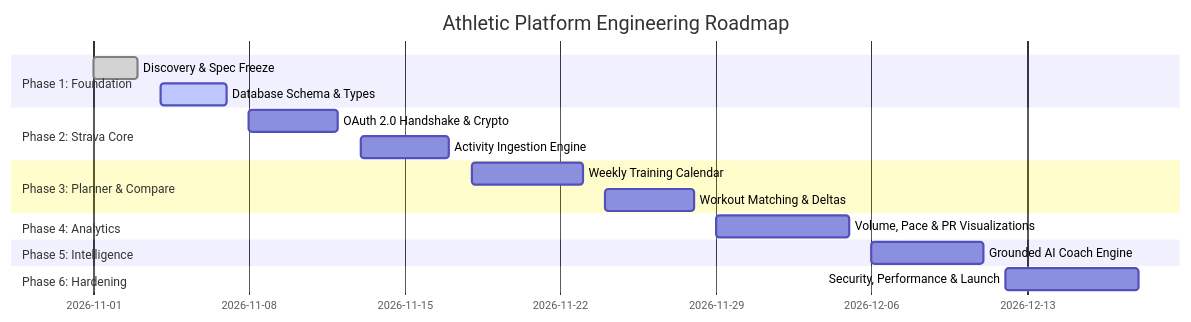
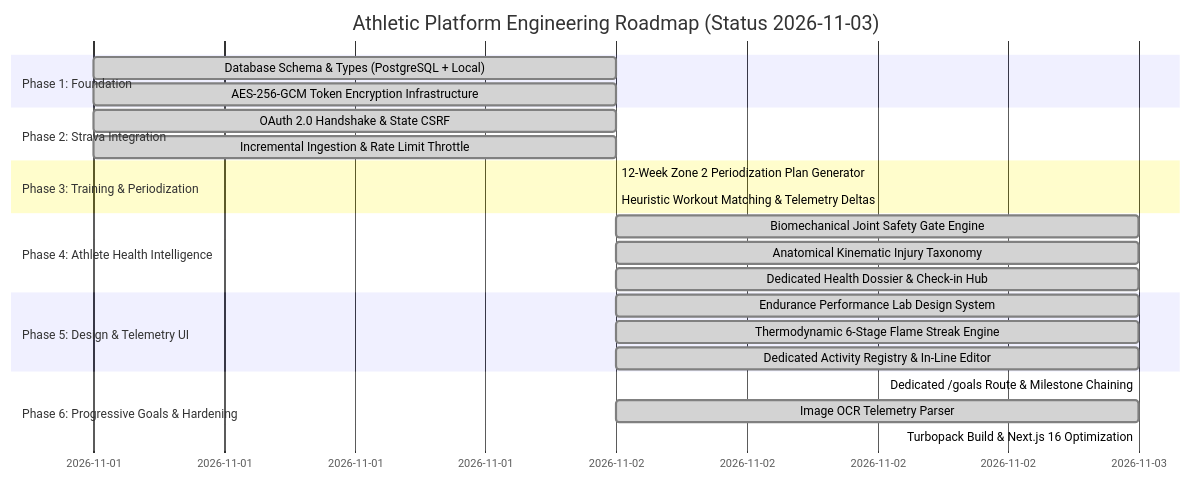
Before and after one commit to Alfiansyahp2/a-coach: the diagram in docs/00-foundation/ROADMAP.md, drawn with Mermaid. The commit also changed other lines of this file and 8 other files, not shown here.

````diff
--- a/docs/00-foundation/ROADMAP.md
+++ b/docs/00-foundation/ROADMAP.md
@@ -13,20 +13,26 @@
 ```mermaid
 gantt
-    title Athletic Platform Engineering Roadmap
+    title Athletic Platform Engineering Roadmap (Status 2026-11-03)
     dateFormat  YYYY-MM-DD
     section Phase 1: Foundation
-    Discovery & Spec Freeze           :done, 2026-11-01, 2026-11-03
-    Database Schema & Types           :active, 2026-11-04, 2026-11-07
-    section Phase 2: Strava Core
-    OAuth 2.0 Handshake & Crypto      :2026-11-08, 2026-11-12
-    Activity Ingestion Engine         :2026-11-13, 2026-11-17
-    section Phase 3: Planner & Compare
-    Weekly Training Calendar          :2026-11-18, 2026-11-23
-    Workout Matching & Deltas         :2026-11-24, 2026-11-28
-    section Phase 4: Analytics
-    Volume, Pace & PR Visualizations  :2026-11-29, 2026-12-05
-    section Phase 5: Intelligence
-    Grounded AI Coach Engine          :2026-12-06, 2026-12-11
-    section Phase 6: Hardening
-    Security, Performance & Launch    :2026-12-12, 2026-12-18
+    Database Schema & Types (PostgreSQL + Local) :done, 2026-11-01, 2026-11-02
+    AES-256-GCM Token Encryption Infrastructure   :done, 2026-11-01, 2026-11-02
+    section Phase 2: Strava Integration
+    OAuth 2.0 Handshake & State CSRF              :done, 2026-11-01, 2026-11-02
+    Incremental Ingestion & Rate Limit Throttle    :done, 2026-11-01, 2026-11-02
+    section Phase 3: Training & Periodization
+    12-Week Zone 2 Periodization Plan Generator   :done, 2026-11-02, 2026-11-02
+    Heuristic Workout Matching & Telemetry Deltas :done, 2026-11-02, 2026-11-02
+    section Phase 4: Athlete Health Intelligence
+    Biomechanical Joint Safety Gate Engine        :done, 2026-11-02, 2026-11-03
+    Anatomical Kinematic Injury Taxonomy          :done, 2026-11-02, 2026-11-03
+    Dedicated Health Dossier & Check-in Hub       :done, 2026-11-02, 2026-11-03
+    section Phase 5: Design & Telemetry UI
+    Endurance Performance Lab Design System       :done, 2026-11-02, 2026-11-03
+    Thermodynamic 6-Stage Flame Streak Engine     :done, 2026-11-02, 2026-11-03
+    Dedicated Activity Registry & In-Line Editor  :done, 2026-11-02, 2026-11-03
+    section Phase 6: Progressive Goals & Hardening
+    Dedicated /goals Route & Milestone Chaining   :done, 2026-11-03, 2026-11-03
+    Image OCR Telemetry Parser                    :done, 2026-11-02, 2026-11-03
+    Turbopack Build & Next.js 16 Optimization     :done, 2026-11-03, 2026-11-03
 ```
````
